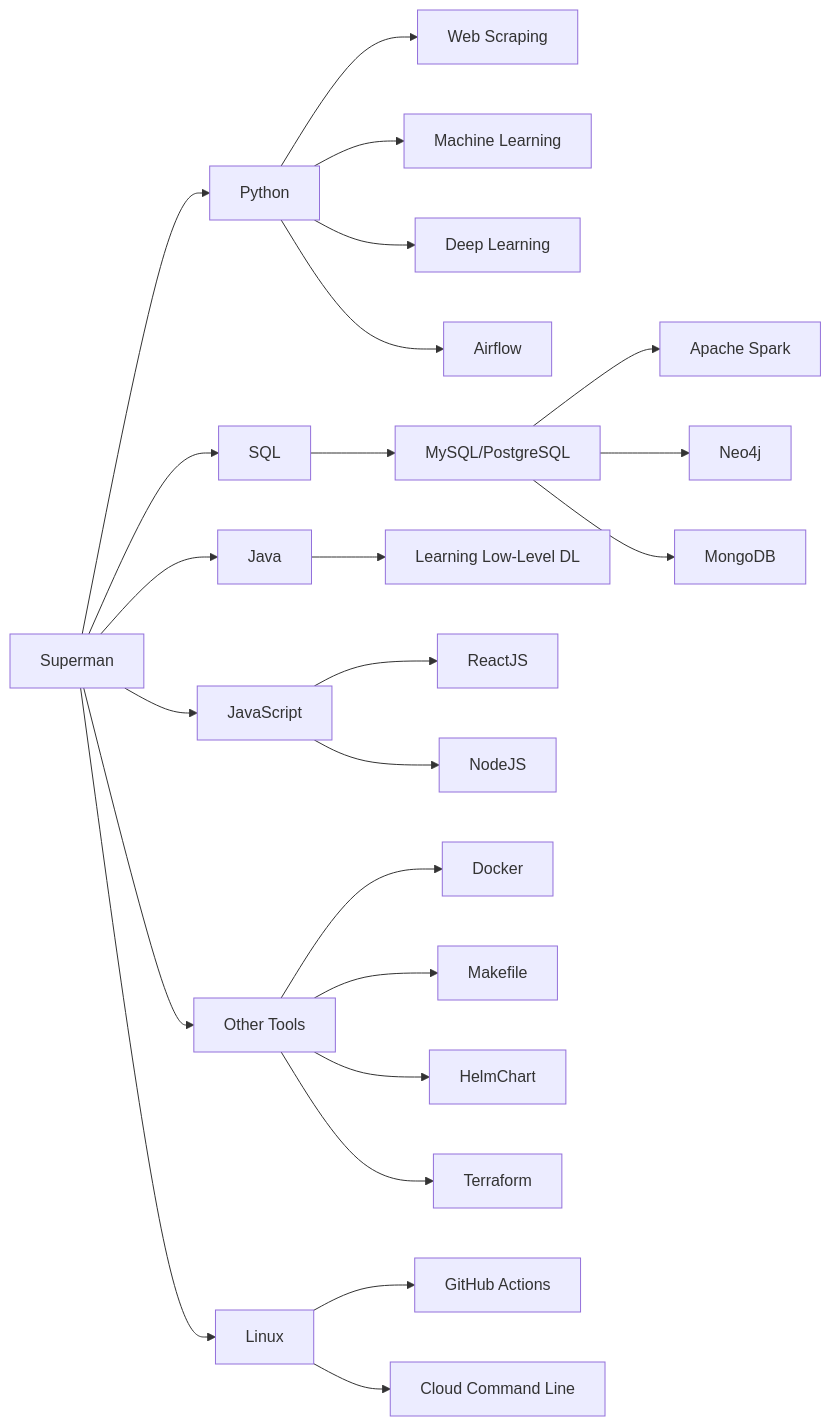
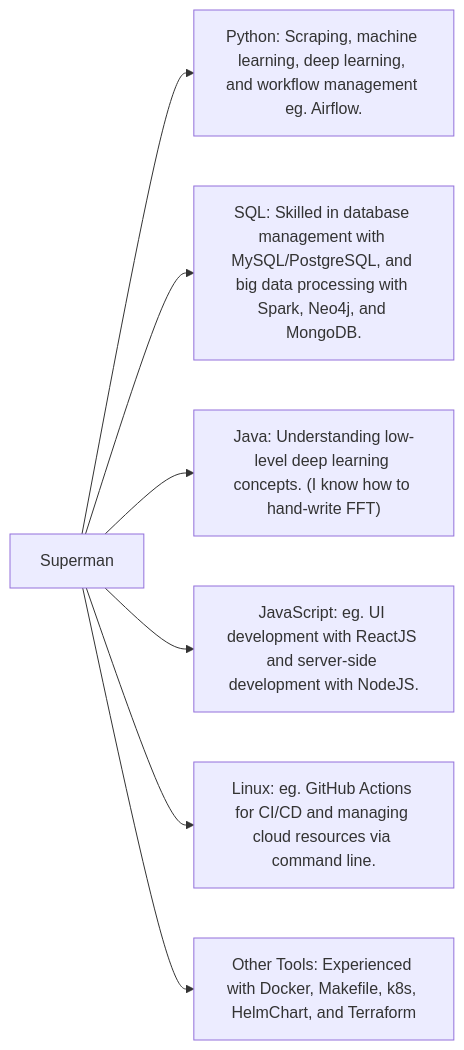
One commit to kenchudigital/kenchudigital changed the diagram in README.md. Above: the diagram before and after it, drawn with Mermaid.

Commit message:
modify: graph3

````diff
--- a/README.md
+++ b/README.md
@@ -27,46 +27,14 @@
 ```mermaid
 graph LR;
 
     %% Central Role
     Z["Superman"];
     
     %% Main Categories
-    Z --> A["Python"];
-    Z --> B["SQL"];
-    Z --> C["Java"];
-    Z --> D["JavaScript"];
-    Z --> E["Other Tools"];
-    Z --> F["Linux"];
-    
-    %% Python Specializations
-    A --> G["Web Scraping"];
-    A --> H["Machine Learning"];
-    A --> I["Deep Learning"];
-    A --> J["Airflow"];
-    
-    %% SQL Specializations
-    B --> K["MySQL/PostgreSQL"];
-    K --> L["Apache Spark"];
-    K --> M["Neo4j"];
-    K --> N["MongoDB"];
-    
-    %% Java Specialization
-    C --> O["Learning Low-Level DL"];
-    
-    %% JavaScript Specializations
-    D --> P["ReactJS"];
-    D --> Q["NodeJS"];
-    
-    %% Other Tools
-    E --> R["Docker"];
-    E --> S["Makefile"];
-    E --> T["HelmChart"];
-    E --> U["Terraform"];
-    
-    %% Linux Specializations
-    F --> V["GitHub Actions"];
-    F --> W["Cloud Command Line"];
-
-
-
+    Z --> A["Python: Scraping, machine learning, deep learning, and workflow management eg. Airflow."];
+    Z --> B["SQL: Skilled in database management with MySQL/PostgreSQL, and big data processing with Spark, Neo4j, and MongoDB."];
+    Z --> C["Java: Understanding low-level deep learning concepts. (I know how to hand-write FFT)"];
+    Z --> D["JavaScript: eg. UI development with ReactJS and server-side development with NodeJS."];
+    Z --> E["Linux: eg. GitHub Actions for CI/CD and managing cloud resources via command line."];
+    Z --> F["Other Tools: Experienced with Docker, Makefile, k8s, HelmChart, and Terraform"];
 ```
````
